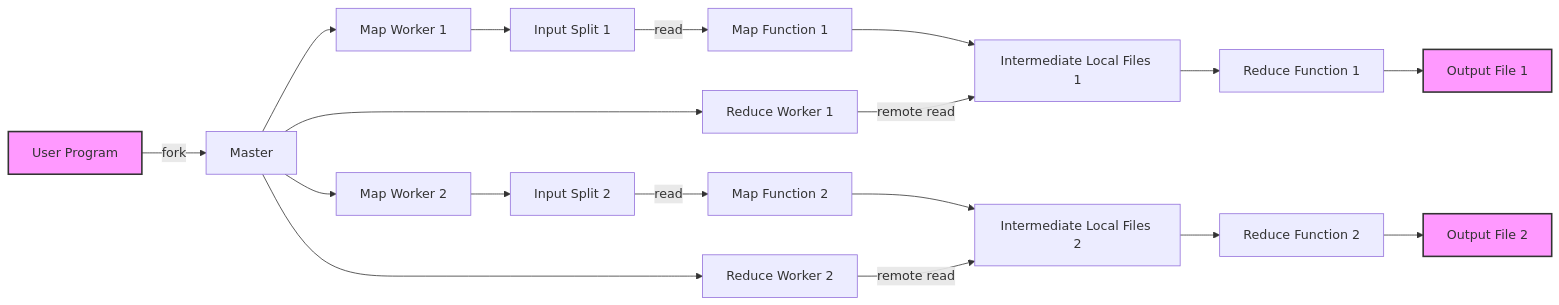
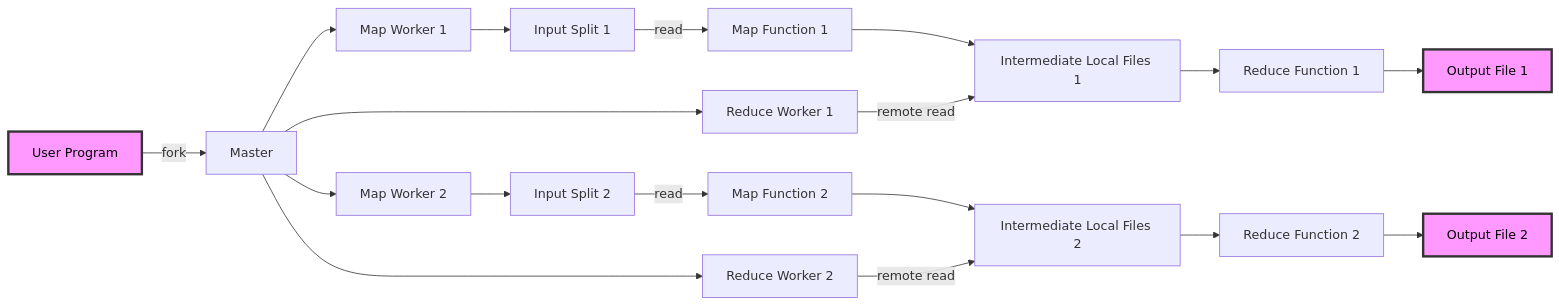
One commit to klaytoncastro/idp-bigdata changed the diagram in hadoop/README.md. Above: the diagram before and after it, drawn with Mermaid.

Commit message:
Update Hadoop

````diff
--- a/hadoop/README.md
+++ b/hadoop/README.md
@@ -72,29 +72,29 @@
 ```mermaid
 graph LR
     A[User Program] -->|fork| B[Master];
     
     %% Map Phase
     B --> C1[Map Worker 1];
     B --> C2[Map Worker 2];
     C1 --> D1[Input Split 1];
     C2 --> D2[Input Split 2];
     D1 -->|read| E1[Map Function 1];
     D2 -->|read| E2[Map Function 2];
     E1 --> F1[Intermediate Local Files 1];
     E2 --> F2[Intermediate Local Files 2];
 
     %% Reduce Phase
     B --> G1[Reduce Worker 1];
     B --> G2[Reduce Worker 2];
     G1 -->|remote read| F1;
     G2 -->|remote read| F2;
     F1 --> H1[Reduce Function 1];
     F2 --> H2[Reduce Function 2];
     H1 --> I1[Output File 1];
     H2 --> I2[Output File 2];
 
     %% Destaques visuais (opcional)
-    style A fill:#f9f,stroke:#333,stroke-width:2px
-    style I1 fill:#f9f,stroke:#333,stroke-width:2px
-    style I2 fill:#f9f,stroke:#333,stroke-width:2px
+    style A fill:#f9f,stroke:#333,stroke-width:3px,color:#000000
+    style I1 fill:#f9f,stroke:#333,stroke-width:3px,color:#000000
+    style I2 fill:#f9f,stroke:#333,stroke-width:3px,color:#000000
 ```
````
